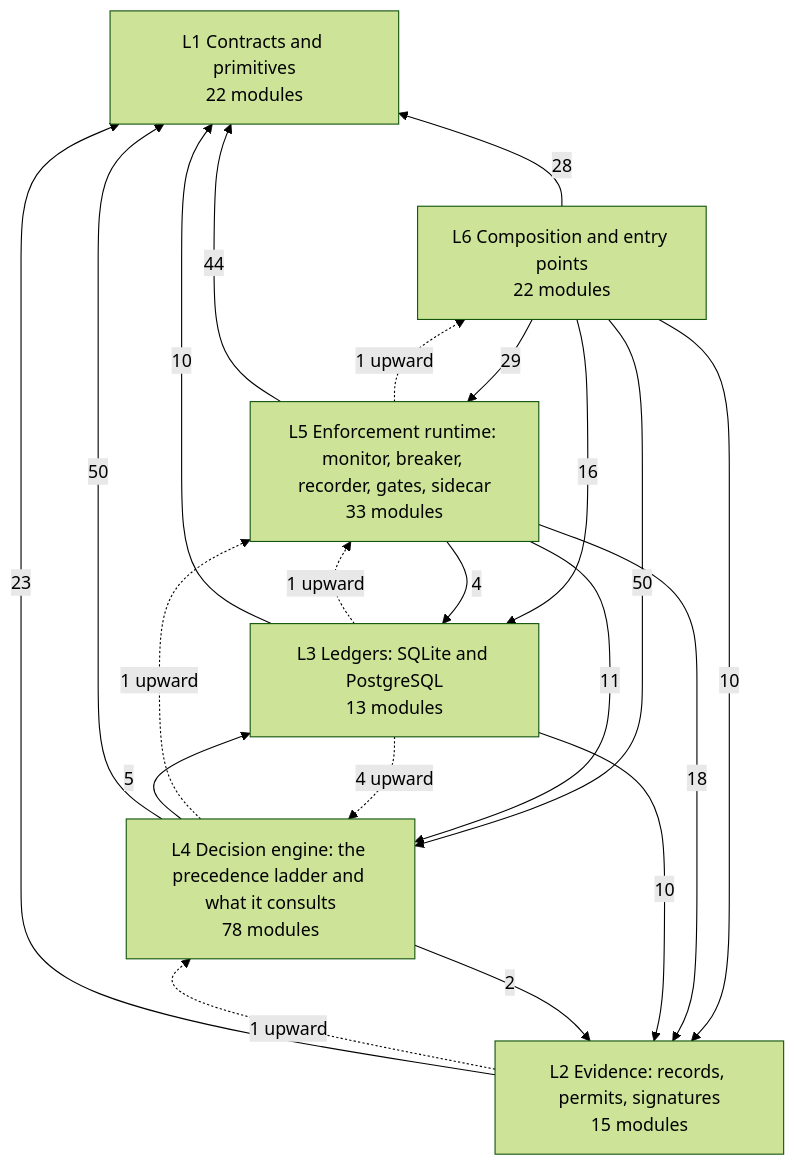
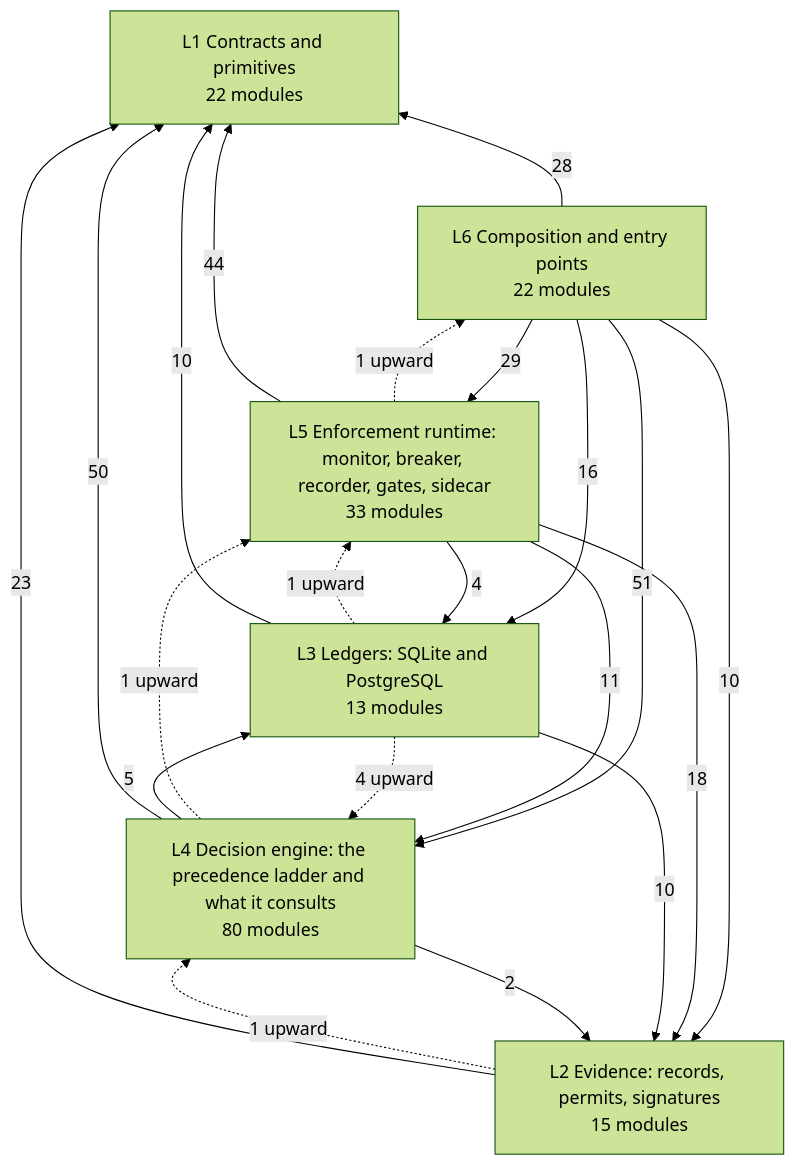
One commit to LOLA0786/privatevault-agent-dna changed the diagram in docs/architecture/DEPENDENCIES.md. Above: the diagram before and after it, drawn with Mermaid (forest theme). The commit also changed other lines of this file and 28 other files, not shown here.

````diff
--- a/docs/architecture/DEPENDENCIES.md
+++ b/docs/architecture/DEPENDENCIES.md
@@ -12,29 +12,29 @@
 ```mermaid
 flowchart BT
   L1["L1 Contracts and primitives<br/>22 modules"]
   L2["L2 Evidence: records, permits, signatures<br/>15 modules"]
   L3["L3 Ledgers: SQLite and PostgreSQL<br/>13 modules"]
-  L4["L4 Decision engine: the precedence ladder and what it consults<br/>78 modules"]
+  L4["L4 Decision engine: the precedence ladder and what it consults<br/>80 modules"]
   L5["L5 Enforcement runtime: monitor, breaker, recorder, gates, sidecar<br/>33 modules"]
   L6["L6 Composition and entry points<br/>22 modules"]
   L2 -->|23| L1
   L3 -->|10| L1
   L3 -->|10| L2
   L4 -->|50| L1
   L4 -->|2| L2
   L4 -->|5| L3
   L5 -->|44| L1
   L5 -->|18| L2
   L5 -->|4| L3
   L5 -->|11| L4
   L6 -->|28| L1
   L6 -->|10| L2
   L6 -->|16| L3
-  L6 -->|50| L4
+  L6 -->|51| L4
   L6 -->|29| L5
   L2 -.->|1 upward| L4
   L3 -.->|4 upward| L4
   L3 -.->|1 upward| L5
   L4 -.->|1 upward| L5
   L5 -.->|1 upward| L6
 ```
````
